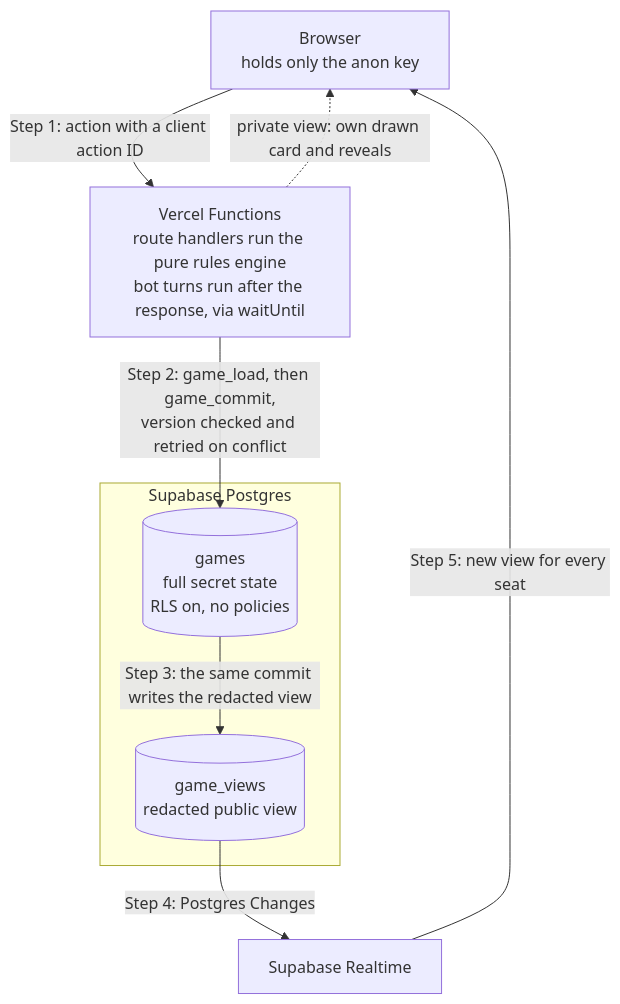
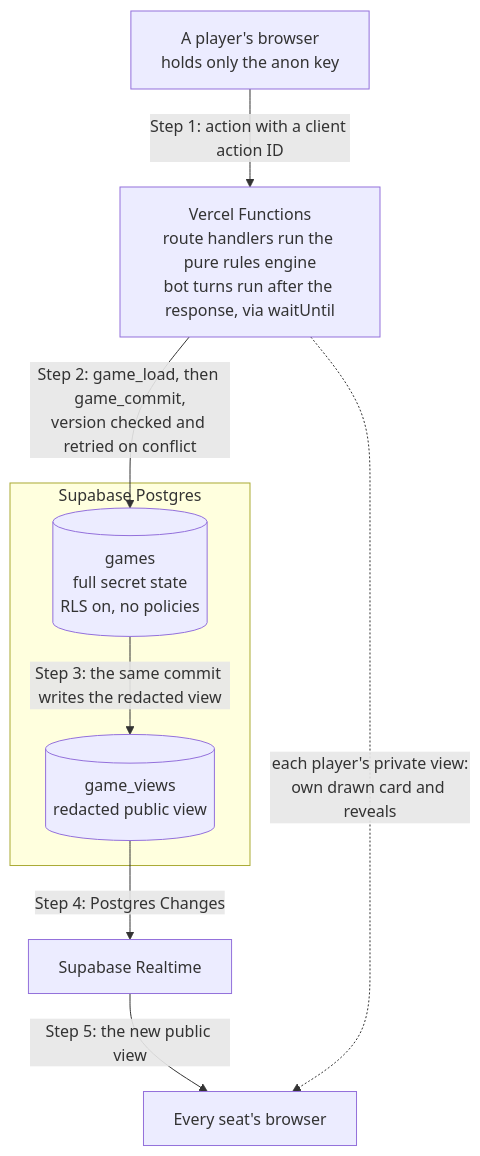
Before and after one commit to bhnsadhu/cambio: the diagram in README.md, drawn with Mermaid.

Commit message:
Keep the architecture diagram in reading order on GitHub
The loop back to the browser let GitHub's Mermaid renderer reorder the
boxes. The diagram now ends at every seat's browser instead of looping,
so steps 1 to 5 read straight down.

````diff
--- a/README.md
+++ b/README.md
@@ -30,17 +30,18 @@
 ```mermaid
 flowchart TB
-  browser["Browser<br/>holds only the anon key"]
+  player["A player's browser<br/>holds only the anon key"]
   functions["Vercel Functions<br/>route handlers run the pure rules engine<br/>bot turns run after the response, via waitUntil"]
   subgraph postgres["Supabase Postgres"]
     games[("games<br/>full secret state<br/>RLS on, no policies")]
     views[("game_views<br/>redacted public view")]
   end
   realtime["Supabase Realtime"]
+  seats["Every seat's browser"]
 
-  browser -->|"Step 1: action with a client action ID"| functions
+  player -->|"Step 1: action with a client action ID"| functions
   functions -->|"Step 2: game_load, then game_commit,<br/>version checked and retried on conflict"| games
   games -->|"Step 3: the same commit writes the redacted view"| views
   views -->|"Step 4: Postgres Changes"| realtime
-  realtime -->|"Step 5: new view for every seat"| browser
-  functions -.->|"private view: own drawn card and reveals"| browser
+  realtime -->|"Step 5: the new public view"| seats
+  functions -.->|"each player's private view:<br/>own drawn card and reveals"| seats
 ```
````
